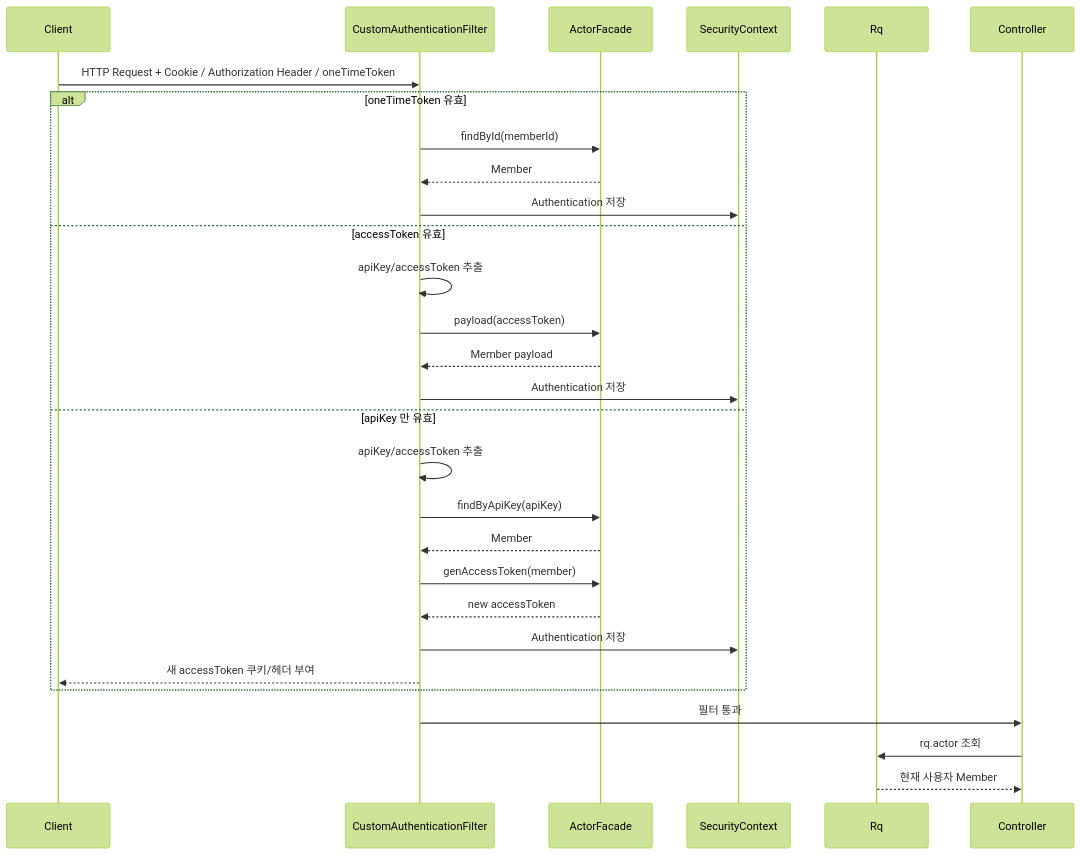
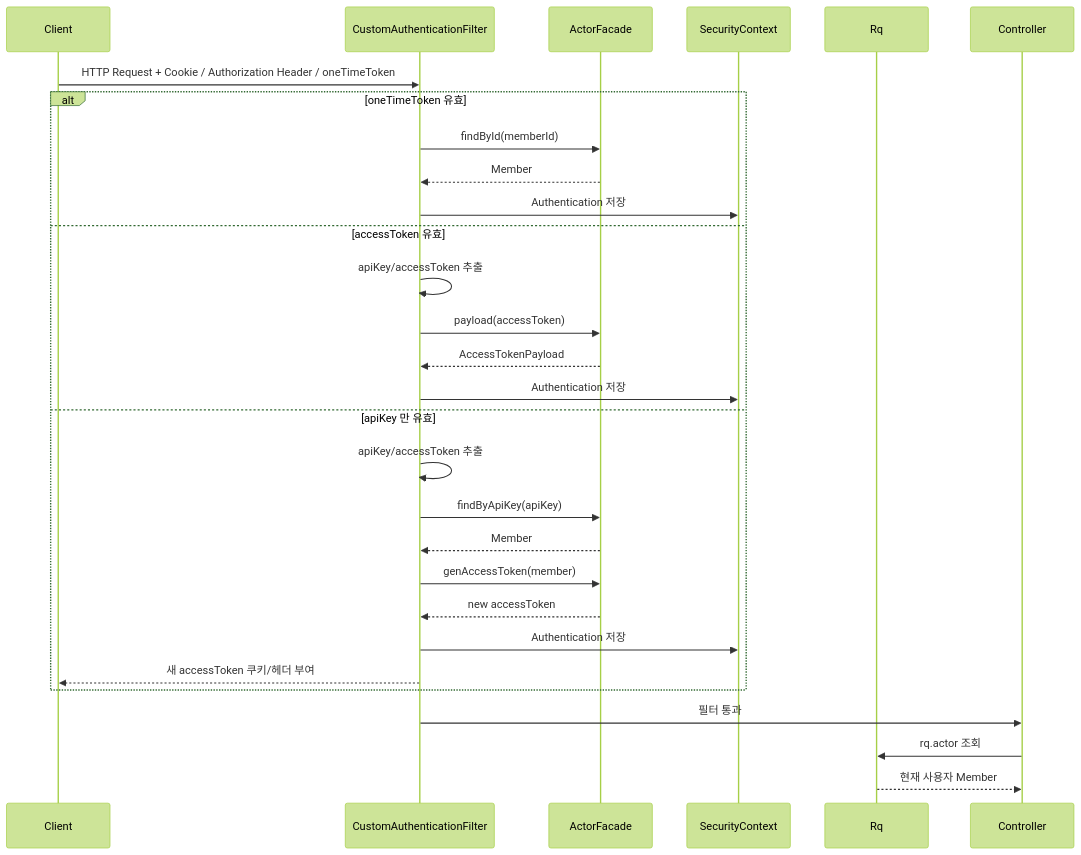
One commit to jhs512/slog_2026_03 changed the third of 7 diagrams in back/README.md. Above: the diagram before and after it, drawn with Mermaid (forest theme). The commit also changed other lines of this file, not shown here.

````diff
--- a/back/README.md
+++ b/back/README.md
@@ -508,32 +508,32 @@
 ```mermaid
 sequenceDiagram
     participant C as Client
     participant F as CustomAuthenticationFilter
     participant A as ActorFacade
     participant S as SecurityContext
     participant R as Rq
     participant CT as Controller
 
     C->>F: HTTP Request + Cookie / Authorization Header / oneTimeToken
     alt oneTimeToken 유효
         F->>A: findById(memberId)
         A-->>F: Member
         F->>S: Authentication 저장
     else accessToken 유효
         F->>F: apiKey/accessToken 추출
         F->>A: payload(accessToken)
-        A-->>F: Member payload
+        A-->>F: AccessTokenPayload
         F->>S: Authentication 저장
     else apiKey 만 유효
         F->>F: apiKey/accessToken 추출
         F->>A: findByApiKey(apiKey)
         A-->>F: Member
         F->>A: genAccessToken(member)
         A-->>F: new accessToken
         F->>S: Authentication 저장
         F-->>C: 새 accessToken 쿠키/헤더 부여
     end
     F->>CT: 필터 통과
     CT->>R: rq.actor 조회
     R-->>CT: 현재 사용자 Member
 ```
````
